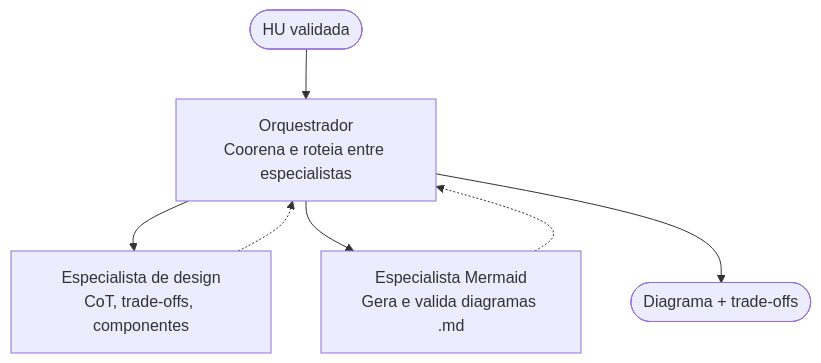
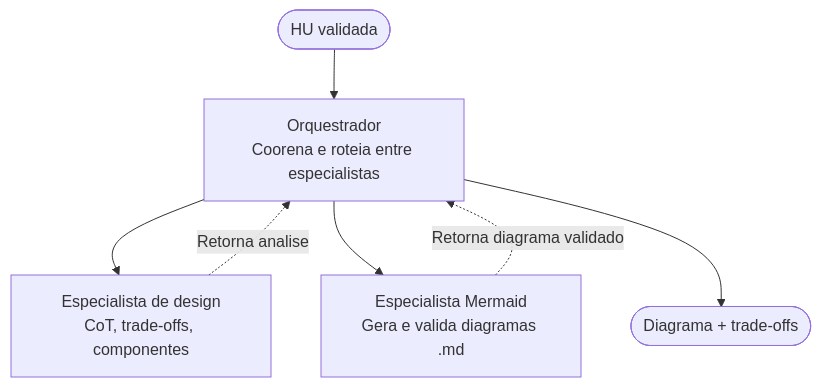
The second of 2 diagrams in docs/Time_2_Design/Subtask1.1_Chain-of-Thought.md (PDC-ESIA/AI4ES), drawn with Mermaid before and after one commit. The commit also changed other lines of this file and 14 other files, not shown here.

````diff
--- a/docs/Time_2_Design/Subtask1.1_Chain-of-Thought.md
+++ b/docs/Time_2_Design/Subtask1.1_Chain-of-Thought.md
@@ -112,9 +168,9 @@
 ```mermaid
 flowchart TD
     A([HU validada]) --> B[Orquestrador\nCoorena e roteia entre especialistas]
     B --> C[Especialista de design\nCoT, trade-offs, componentes]
     B --> D[Especialista Mermaid\nGera e valida diagramas .md]
-    C -.-> B
-    D -.-> B
+    C -.->|Retorna analise| B
+    D -.->|Retorna diagrama validado| B
     B --> E([Diagrama + trade-offs])
 ```
````
